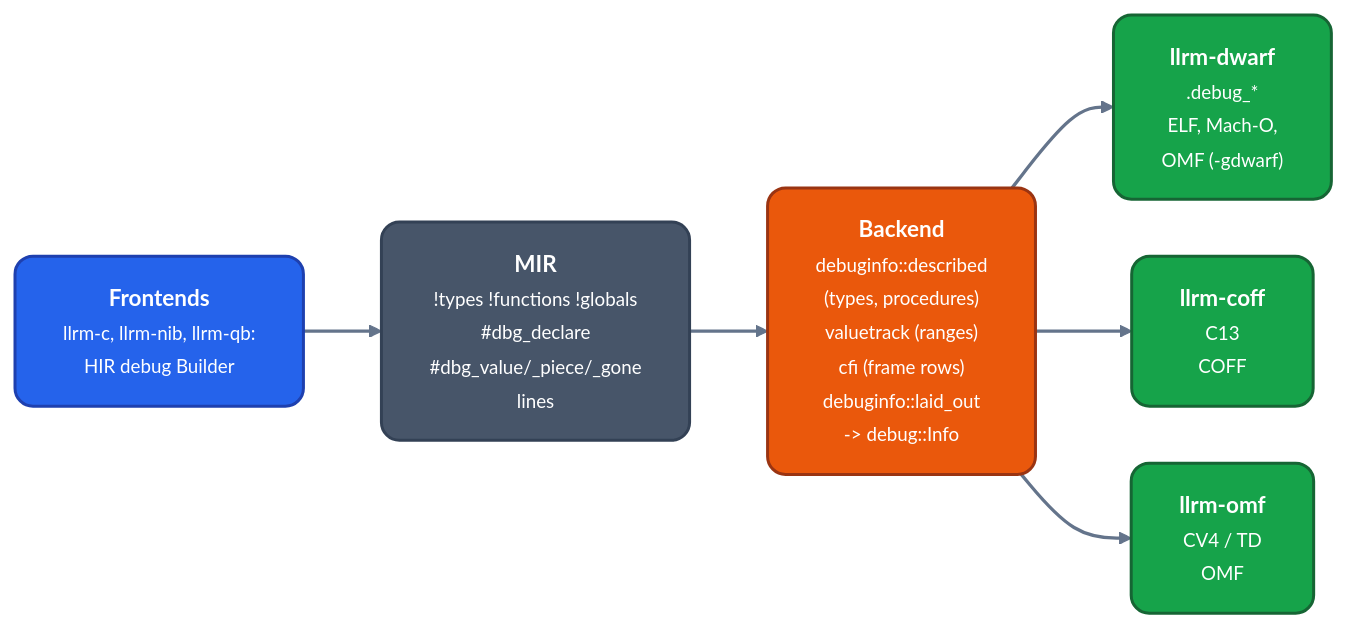
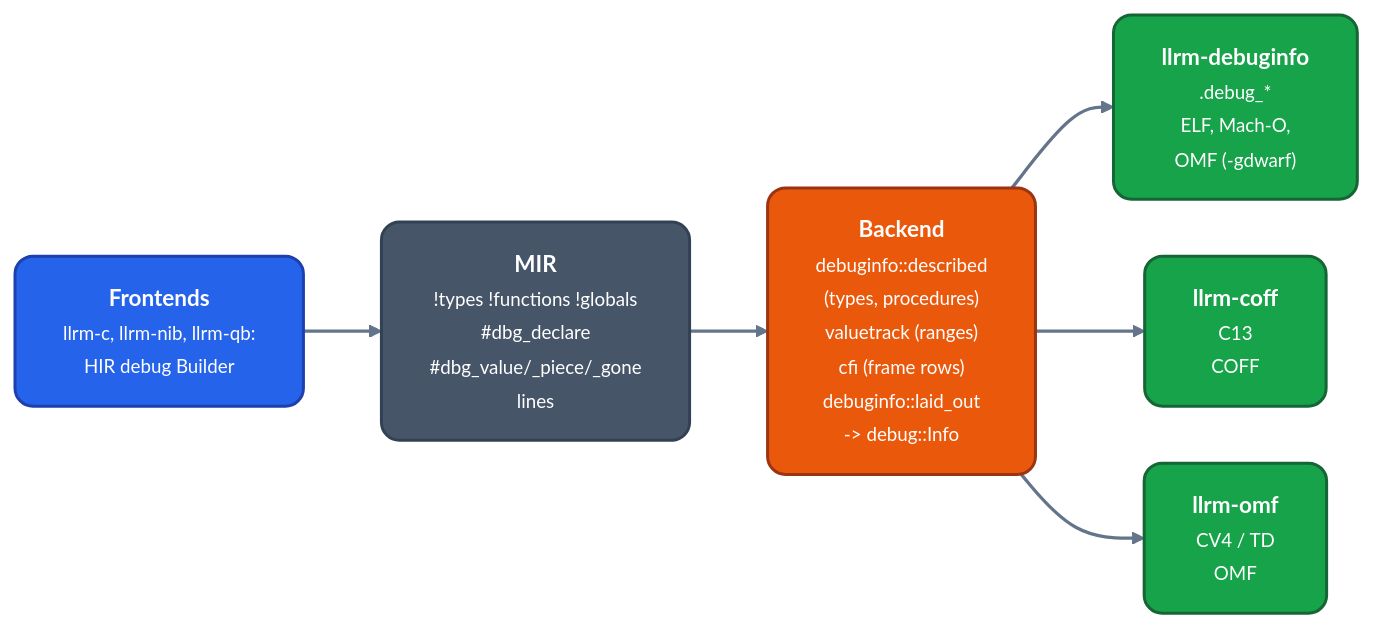
The diagram in docs/formats/debug-info.md (ali-mosavian/llrm), drawn with Mermaid before and after one commit. The commit also changed other lines of this file and 56 other files, not shown here.

Commit message:
refactor(layout): object formats move to crates/mc, dwarf into debuginfo

````diff
--- a/docs/formats/debug-info.md
+++ b/docs/formats/debug-info.md
@@ -6,20 +6,20 @@
 ```mermaid
 %%{init: {'theme':'base','themeVariables':{'fontFamily':'Segoe UI, Helvetica Neue, Arial, DejaVu Sans, sans-serif','fontSize':'15px','primaryColor':'#475569','primaryTextColor':'#ffffff','primaryBorderColor':'#334155','lineColor':'#64748b','secondaryColor':'#475569','tertiaryColor':'transparent','clusterBkg':'transparent','clusterBorder':'#64748b','edgeLabelBackground':'#334155','textColor':'#64748b','titleColor':'#64748b'},'flowchart':{'curve':'basis','nodeSpacing':38,'rankSpacing':52,'padding':16,'wrappingWidth':360,'htmlLabels':true,'useMaxWidth':true}}}%%
 flowchart LR
   classDef src fill:#2563eb,stroke:#1e40af,stroke-width:2px,color:#ffffff,rx:12px,ry:12px
   classDef mid fill:#475569,stroke:#334155,stroke-width:2px,color:#ffffff,rx:12px,ry:12px
   classDef opt fill:#ea580c,stroke:#9a3412,stroke-width:2px,color:#ffffff,rx:12px,ry:12px
   classDef out fill:#16a34a,stroke:#166534,stroke-width:2px,color:#ffffff,rx:12px,ry:12px
   linkStyle default stroke:#64748b,stroke-width:2.2px
   fe["<b>Frontends</b><br/><small>llrm-c, llrm-nib, llrm-qb:<br/>HIR debug Builder</small>"]:::src
   mir["<b>MIR</b><br/><small>!types !functions !globals<br/>#35;dbg_declare<br/>#35;dbg_value/_piece/_gone<br/>lines</small>"]:::mid
   be["<b>Backend</b><br/><small>debuginfo::described<br/>(types, procedures)<br/>valuetrack (ranges)<br/>cfi (frame rows)<br/>debuginfo::laid_out<br/>-#gt; debug::Info</small>"]:::opt
-  dw["<b>llrm-dwarf</b><br/><small>.debug_*<br/>ELF, Mach-O,<br/>OMF (-gdwarf)</small>"]:::out
+  dw["<b>llrm-debuginfo</b><br/><small>.debug_*<br/>ELF, Mach-O,<br/>OMF (-gdwarf)</small>"]:::out
   co["<b>llrm-coff</b><br/><small>C13<br/>COFF</small>"]:::out
   om["<b>llrm-omf</b><br/><small>CV4 / TD<br/>OMF</small>"]:::out
   fe --> mir
   mir --> be
   be --> dw
   be --> co
   be --> om
 ```
````
